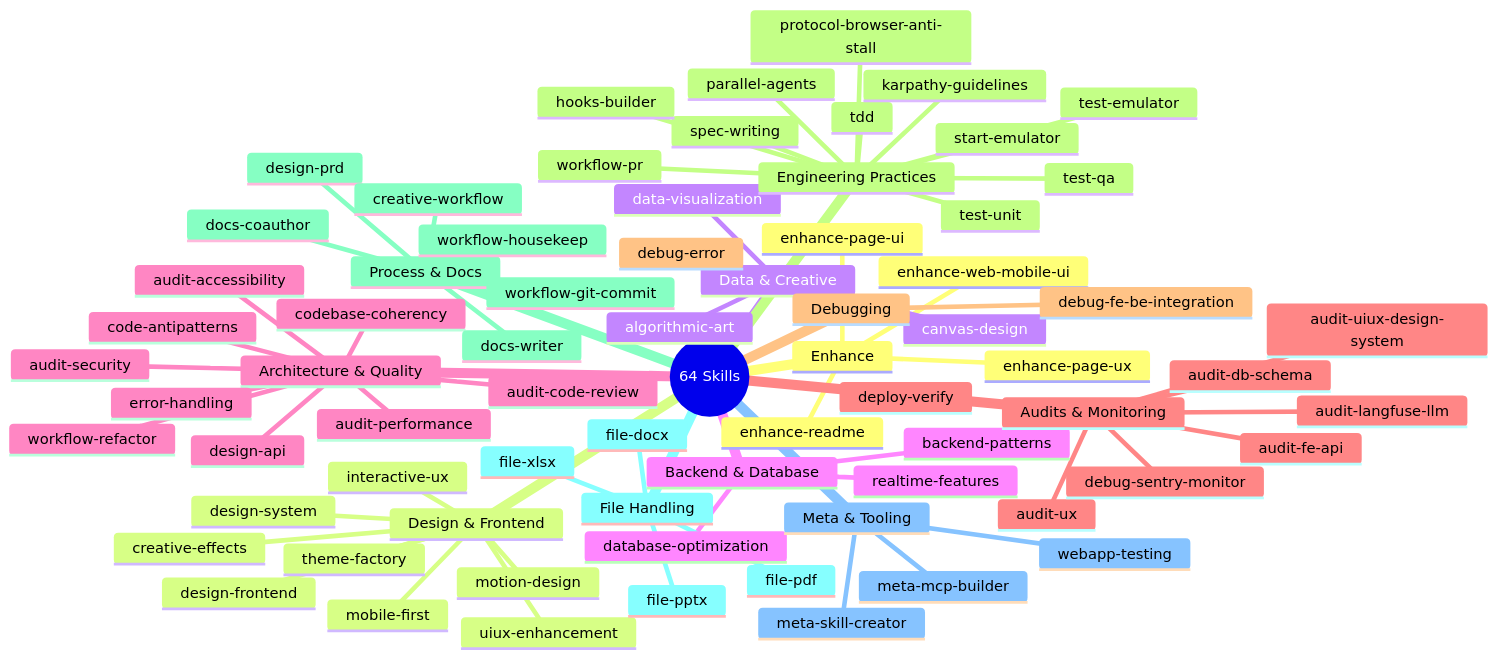
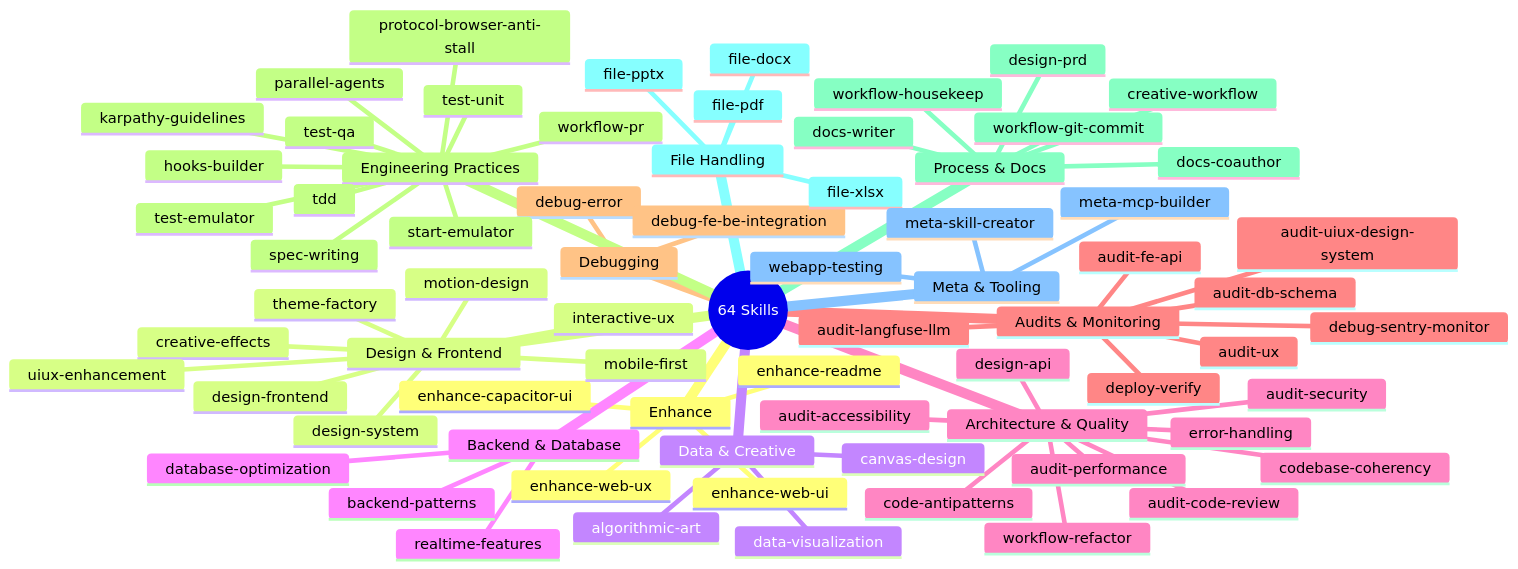
One commit to kensaurus/cursor-kenji changed the seventh of 12 diagrams in README.md. Above: the diagram before and after it, drawn with Mermaid. The commit also changed other lines of this file and 13 other files, not shown here.

````diff
--- a/README.md
+++ b/README.md
@@ -527,75 +531,75 @@
 ```mermaid
 mindmap
   root((64 Skills))
     Enhance
-      enhance-page-ui
-      enhance-page-ux
+      enhance-web-ui
+      enhance-web-ux
       enhance-readme
-      enhance-web-mobile-ui
+      enhance-capacitor-ui
     Design & Frontend
       design-frontend
       design-system
       motion-design
       creative-effects
       uiux-enhancement
       interactive-ux
       mobile-first
       theme-factory
     Data & Creative
       data-visualization
       algorithmic-art
       canvas-design
     Backend & Database
       backend-patterns
       database-optimization
       realtime-features
     Architecture & Quality
       design-api
       error-handling
       code-antipatterns
       audit-code-review
       codebase-coherency
       workflow-refactor
       audit-performance
       audit-security
       audit-accessibility
     Audits & Monitoring
       audit-db-schema
       audit-fe-api
       audit-langfuse-llm
       audit-uiux-design-system
       audit-ux
       debug-sentry-monitor
       deploy-verify
     Debugging
       debug-error
       debug-fe-be-integration
     Engineering Practices
       tdd
       spec-writing
       parallel-agents
       hooks-builder
       karpathy-guidelines
       test-unit
       test-qa
       test-emulator
       start-emulator
       workflow-pr
       protocol-browser-anti-stall
     Process & Docs
       workflow-git-commit
       docs-coauthor
       docs-writer
       design-prd
       creative-workflow
       workflow-housekeep
     File Handling
       file-docx
       file-pdf
       file-pptx
       file-xlsx
     Meta & Tooling
       meta-skill-creator
       meta-mcp-builder
       webapp-testing
 ```
````
